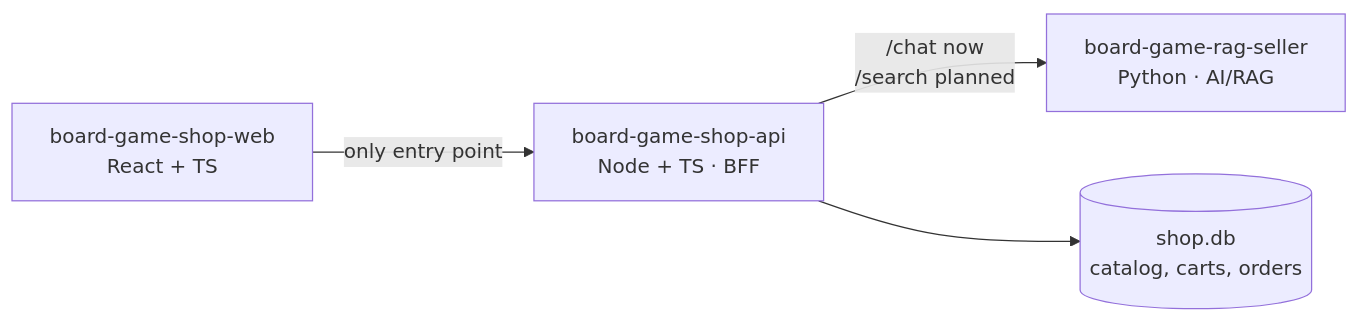
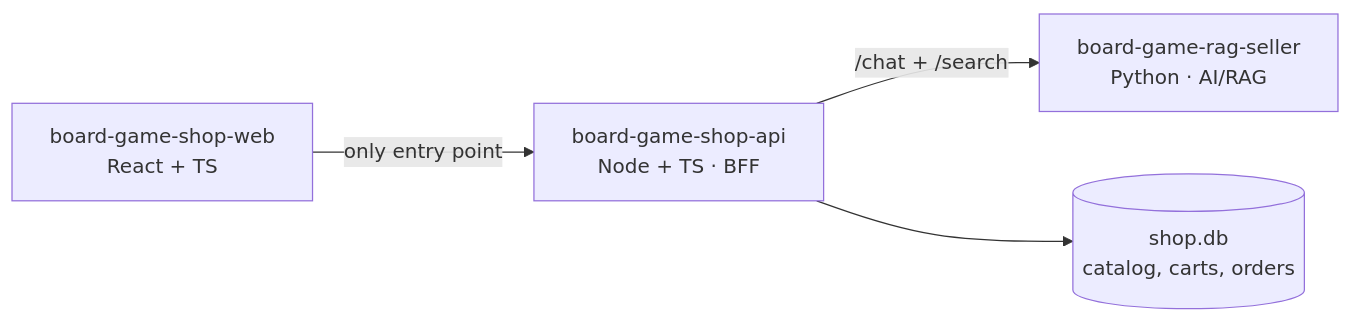
Before and after one commit to msporchia/board-game-shop-api: the first of 3 diagrams in README.md, drawn with Mermaid. The commit also changed other lines of this file and 18 other files, not shown here.

````diff
--- a/README.md
+++ b/README.md
@@ -36,6 +36,6 @@
 ```mermaid
 flowchart LR
     WEB[board-game-shop-web<br/>React + TS] -->|only entry point| SHOP[board-game-shop-api<br/>Node + TS · BFF]
-    SHOP -->|/chat now<br/>/search planned| API[board-game-rag-seller<br/>Python · AI/RAG]
+    SHOP -->|/chat + /search| API[board-game-rag-seller<br/>Python · AI/RAG]
     SHOP --> DB[(shop.db<br/>catalog, carts, orders)]
 ```
````
